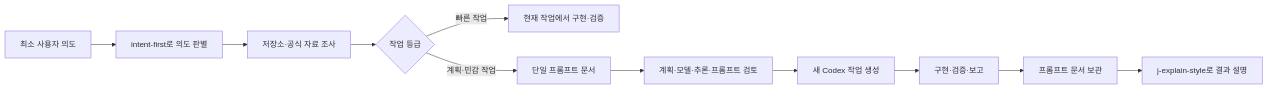
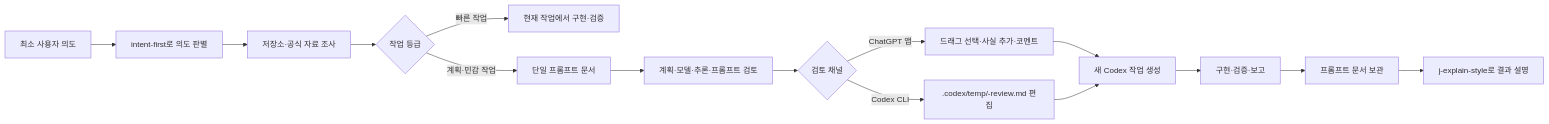
The diagram in README.md (j-token/j-token-codex-workflow-kit), drawn with Mermaid before and after one commit. The commit also changed other lines of this file and 20 other files, not shown here.

````diff
--- a/README.md
+++ b/README.md
@@ -26,13 +26,17 @@
 ```mermaid
 flowchart LR
     A["최소 사용자 의도"] --> A1["intent-first로 의도 판별"]
     A1 --> B["저장소·공식 자료 조사"]
     B --> C{"작업 등급"}
     C -- "빠른 작업" --> D["현재 작업에서 구현·검증"]
     C -- "계획·민감 작업" --> E["단일 프롬프트 문서"]
     E --> F["계획·모델·추론·프롬프트 검토"]
-    F --> G["새 Codex 작업 생성"]
+    F --> R{"검토 채널"}
+    R -- "ChatGPT 앱" --> A2["드래그 선택·사실 추가·코멘트"]
+    R -- "Codex CLI" --> C2[".codex/temp/<slug>-review.md 편집"]
+    A2 --> G["새 Codex 작업 생성"]
+    C2 --> G
     G --> H["구현·검증·보고"]
     H --> I["프롬프트 문서 보관"]
     I --> J["j-explain-style로 결과 설명"]
 ```
````
